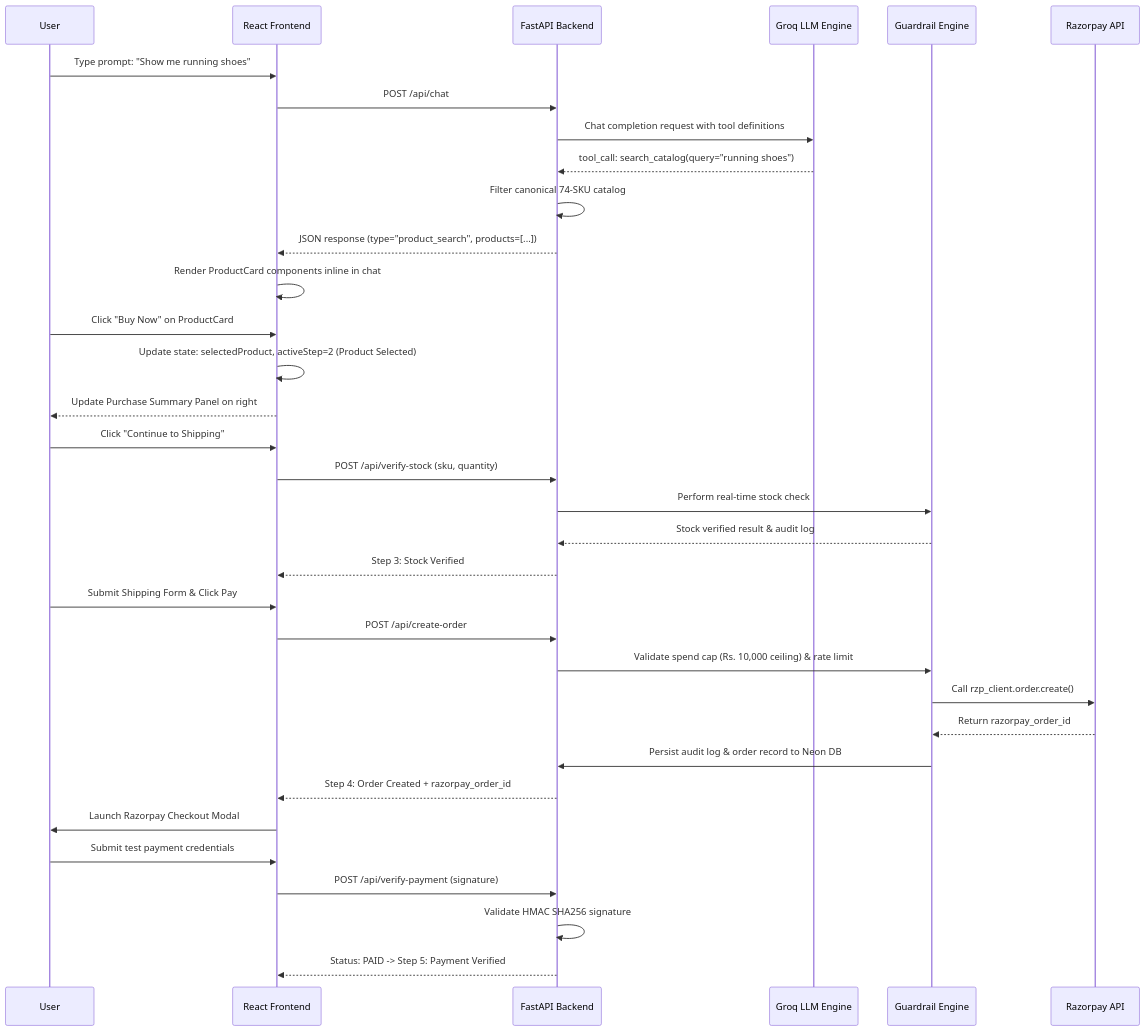
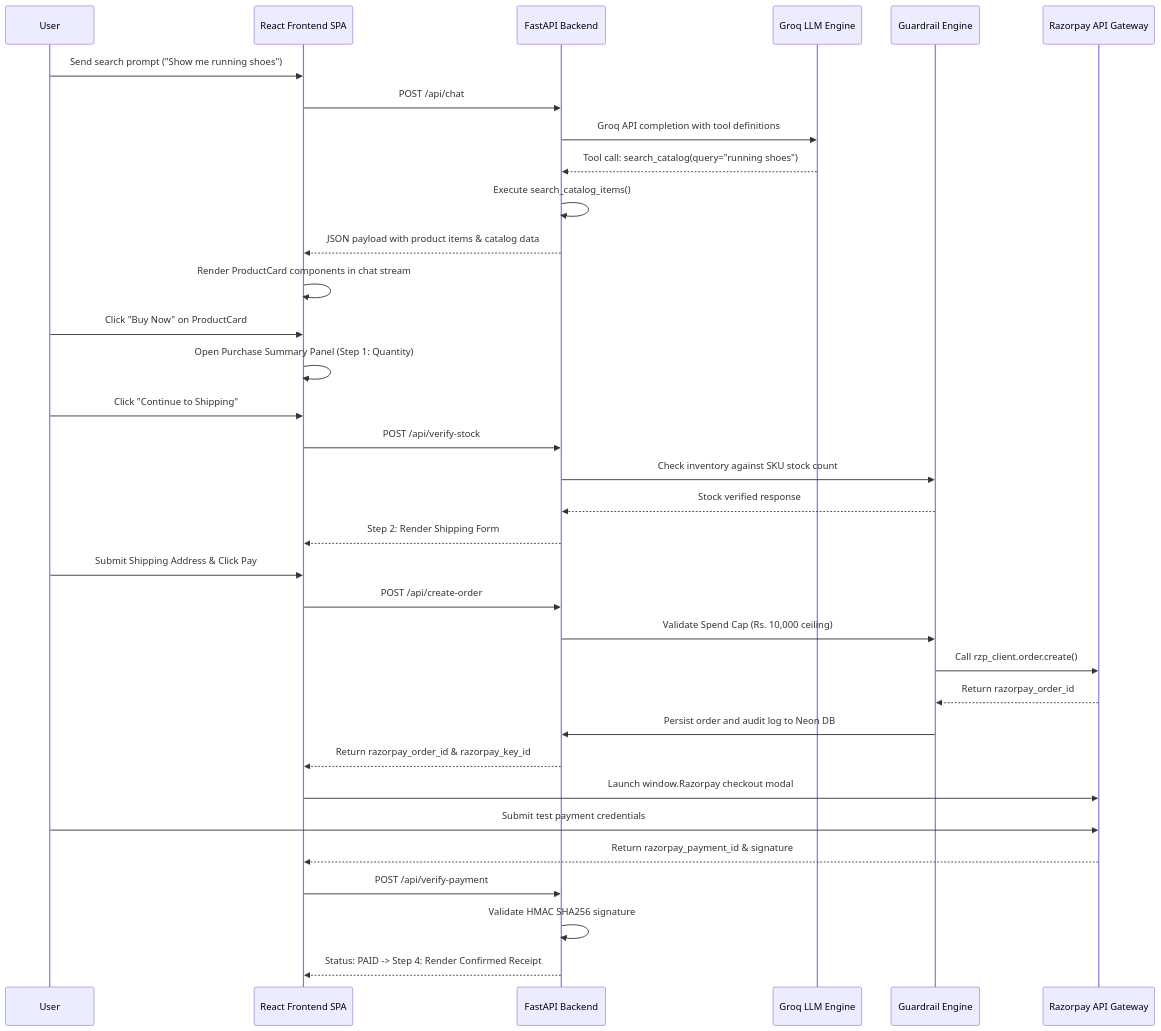
One commit to Vijajraj/Razorpay_checkout_agent changed the fourth of 6 diagrams in README.md. Above: the diagram before and after it, drawn with Mermaid. The commit also changed other lines of this file, not shown here.

Commit message:
Update README.md: remove emojis, add rich ASCII and Mermaid visualizations, improve structure

````diff
--- a/README.md
+++ b/README.md
@@ -161,41 +264,41 @@
 ```mermaid
 sequenceDiagram
     participant User
-    participant ReactUI as React Frontend
-    participant FastAPI as FastAPI Backend
+    participant Frontend as React Frontend SPA
+    participant Backend as FastAPI Backend
     participant LLM as Groq LLM Engine
-    participant GE as Guardrail Engine
-    participant RZP as Razorpay API
+    participant Guardrails as Guardrail Engine
+    participant Razorpay as Razorpay API Gateway
 
-    User->>ReactUI: Type prompt: "Show me running shoes"
-    ReactUI->>FastAPI: POST /api/chat
-    FastAPI->>LLM: Chat completion request with tool definitions
-    LLM-->>FastAPI: tool_call: search_catalog(query="running shoes")
-    FastAPI->>FastAPI: Filter canonical 74-SKU catalog
-    FastAPI-->>ReactUI: JSON response (type="product_search", products=[...])
-    ReactUI->>ReactUI: Render ProductCard components inline in chat
+    User->>Frontend: Send search prompt ("Show me running shoes")
+    Frontend->>Backend: POST /api/chat
+    Backend->>LLM: Groq API completion with tool definitions
+    LLM-->>Backend: Tool call: search_catalog(query="running shoes")
+    Backend->>Backend: Execute search_catalog_items()
+    Backend-->>Frontend: JSON payload with product items & catalog data
+    Frontend->>Frontend: Render ProductCard components in chat stream
 
-    User->>ReactUI: Click "Buy Now" on ProductCard
-    ReactUI->>ReactUI: Update state: selectedProduct, activeStep=2 (Product Selected)
-    ReactUI-->>User: Update Purchase Summary Panel on right
+    User->>Frontend: Click "Buy Now" on ProductCard
+    Frontend->>Frontend: Open Purchase Summary Panel (Step 1: Quantity)
+    
+    User->>Frontend: Click "Continue to Shipping"
+    Frontend->>Backend: POST /api/verify-stock
+    Backend->>Guardrails: Check inventory against SKU stock count
+    Guardrails-->>Backend: Stock verified response
+    Backend-->>Frontend: Step 2: Render Shipping Form
 
-    User->>ReactUI: Click "Continue to Shipping"
-    ReactUI->>FastAPI: POST /api/verify-stock (sku, quantity)
-    FastAPI->>GE: Perform real-time stock check
-    GE-->>FastAPI: Stock verified result & audit log
-    FastAPI-->>ReactUI: Step 3: Stock Verified
+    User->>Frontend: Submit Shipping Address & Click Pay
+    Frontend->>Backend: POST /api/create-order
+    Backend->>Guardrails: Validate Spend Cap (Rs. 10,000 ceiling)
+    Guardrails->>Razorpay: Call rzp_client.order.create()
+    Razorpay-->>Guardrails: Return razorpay_order_id
+    Guardrails->>Backend: Persist order and audit log to Neon DB
+    Backend-->>Frontend: Return razorpay_order_id & razorpay_key_id
 
-    User->>ReactUI: Submit Shipping Form & Click Pay
-    ReactUI->>FastAPI: POST /api/create-order
-    FastAPI->>GE: Validate spend cap (Rs. 10,000 ceiling) & rate limit
-    GE->>RZP: Call rzp_client.order.create()
-    RZP-->>GE: Return razorpay_order_id
-    GE->>FastAPI: Persist audit log & order record to Neon DB
-    FastAPI-->>ReactUI: Step 4: Order Created + razorpay_order_id
-
-    ReactUI->>User: Launch Razorpay Checkout Modal
-    User->>ReactUI: Submit test payment credentials
-    ReactUI->>FastAPI: POST /api/verify-payment (signature)
-    FastAPI->>FastAPI: Validate HMAC SHA256 signature
-    FastAPI-->>ReactUI: Status: PAID -> Step 5: Payment Verified
+    Frontend->>Razorpay: Launch window.Razorpay checkout modal
+    User->>Razorpay: Submit test payment credentials
+    Razorpay-->>Frontend: Return razorpay_payment_id & signature
+    Frontend->>Backend: POST /api/verify-payment
+    Backend->>Backend: Validate HMAC SHA256 signature
+    Backend-->>Frontend: Status: PAID -> Step 4: Render Confirmed Receipt
 ```
````
